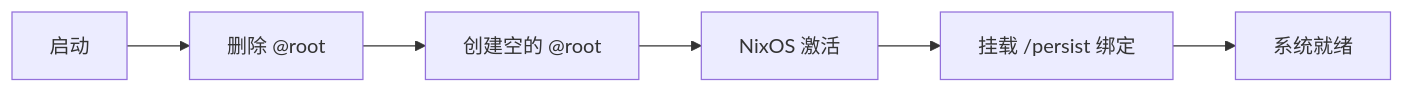
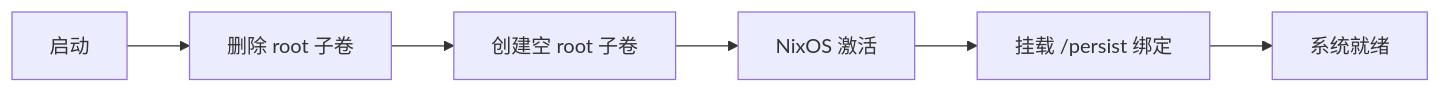
Before and after one commit to stars-labs/self-healing-nixos-infra: the second of 2 diagrams in i18n/zh/docusaurus-plugin-content-docs/current/12-impermanence-setup.md, drawn with Mermaid. The commit also changed 7 other files, not shown here.

First line of the commit message:
Fix Mermaid parse errors: remove @ symbols from diagram node labels

````diff
--- a/i18n/zh/docusaurus-plugin-content-docs/current/12-impermanence-setup.md
+++ b/i18n/zh/docusaurus-plugin-content-docs/current/12-impermanence-setup.md
@@ -46,8 +46,8 @@
 ```mermaid
 flowchart LR
-    A[启动] --> B[删除 @root]
-    B --> C[创建空的 @root]
+    A[启动] --> B[删除 root 子卷]
+    B --> C[创建空 root 子卷]
     C --> D[NixOS 激活]
     D --> E[挂载 /persist 绑定]
     E --> F[系统就绪]
 ```
````
